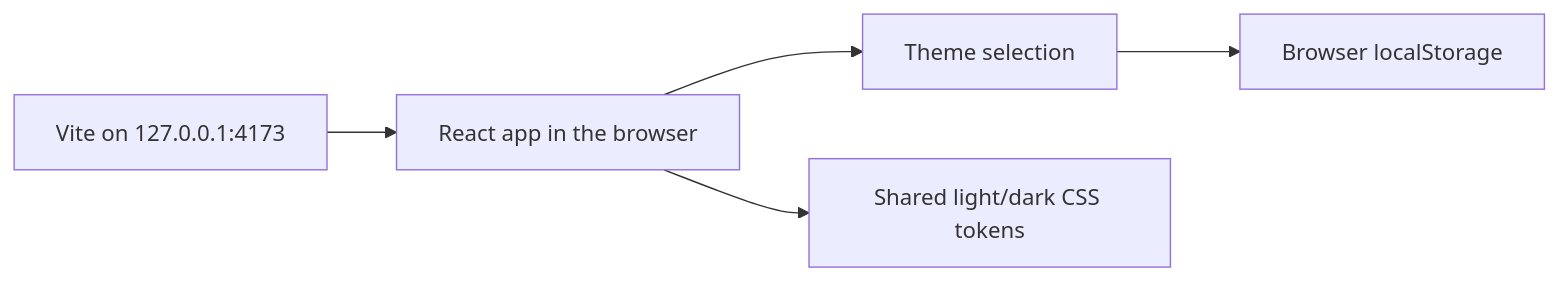
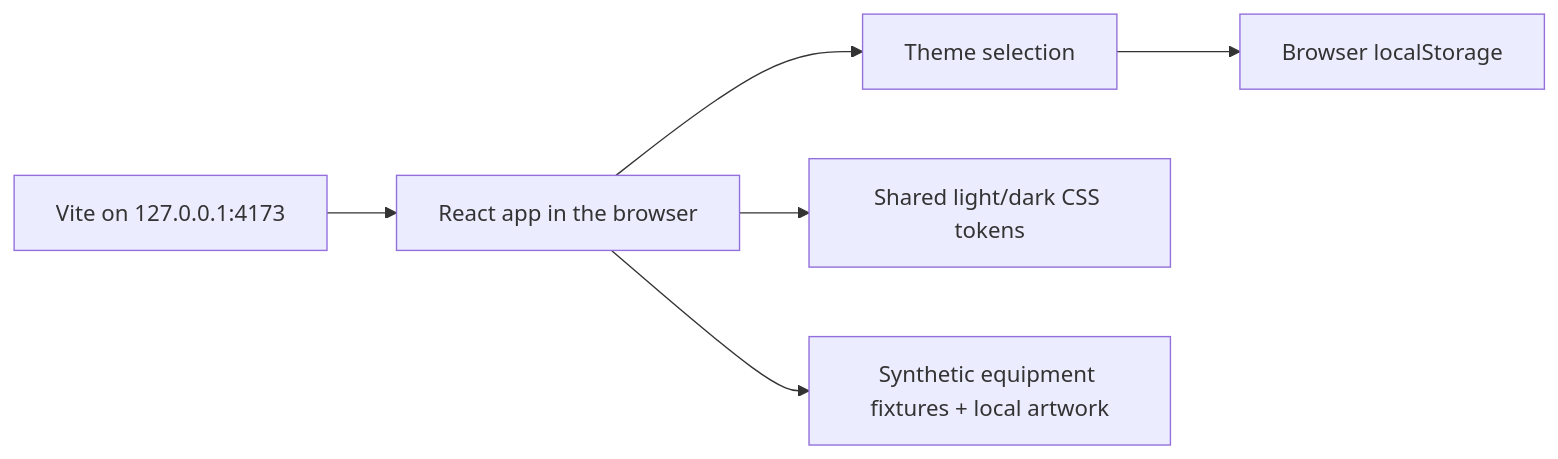
Before and after one commit to darelaj/orbit: the diagram in README.md, drawn with Mermaid. The commit also changed other lines of this file and 21 other files, not shown here.

````diff
--- a/README.md
+++ b/README.md
@@ -95,7 +97,8 @@
 ```mermaid
 flowchart LR
     Vite["Vite on 127.0.0.1:4173"] --> React["React app in the browser"]
     React --> Theme["Theme selection"]
     Theme --> Storage["Browser localStorage"]
     React --> Styles["Shared light/dark CSS tokens"]
+    React --> Demo["Synthetic equipment fixtures + local artwork"]
 ```
````
